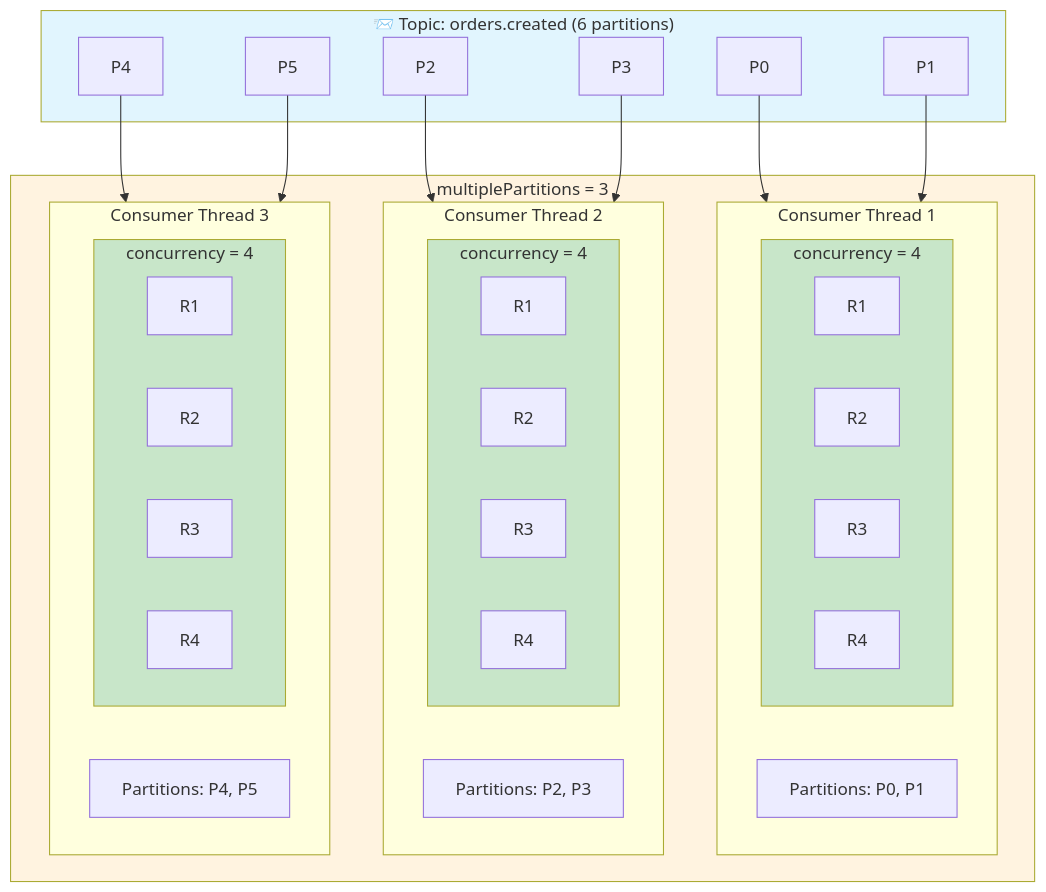
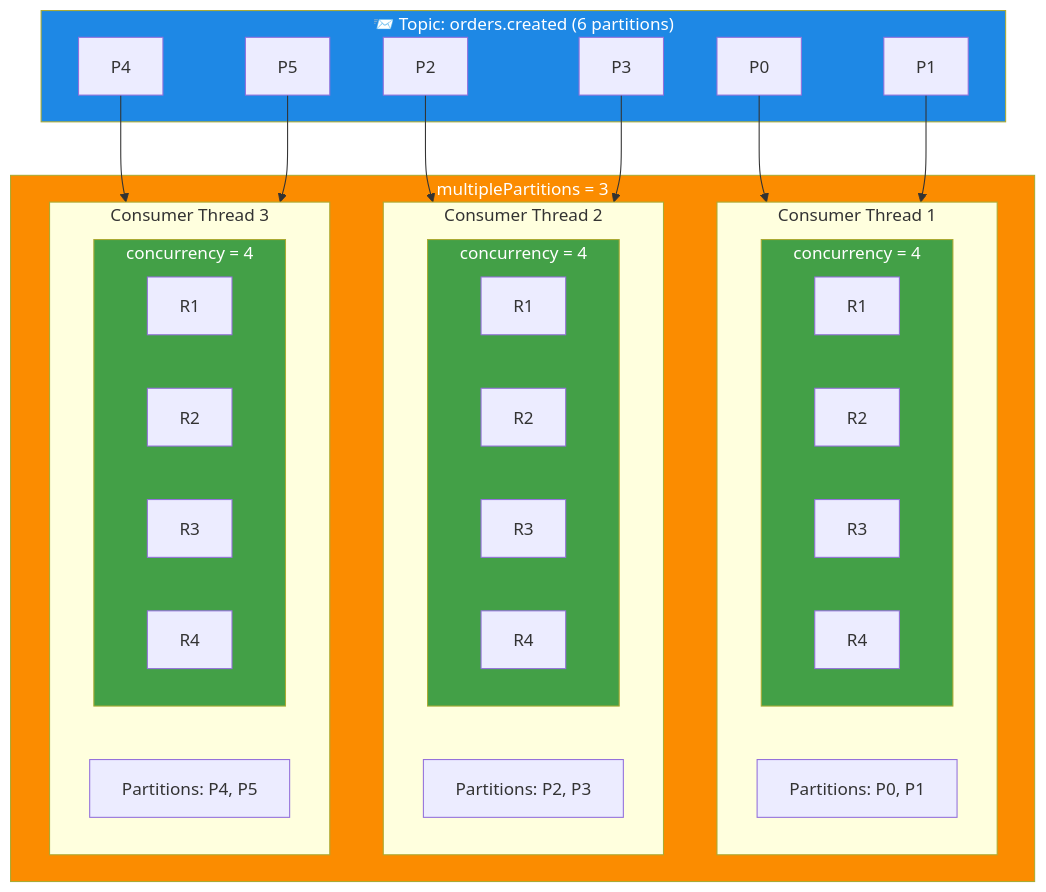
The second of 3 diagrams in README.md (osoykan/kafka-kit), drawn with Mermaid before and after one commit. The commit also changed other lines of this file, not shown here.

````diff
--- a/README.md
+++ b/README.md
@@ -191,42 +191,42 @@
 ```mermaid
 flowchart TB
     subgraph Topic["📨 Topic: orders.created (6 partitions)"]
         P0[P0] & P1[P1] & P2[P2] & P3[P3] & P4[P4] & P5[P5]
     end
 
     subgraph Container["multiplePartitions = 3"]
         subgraph C1["Consumer Thread 1"]
             C1P["Partitions: P0, P1"]
             subgraph C1Flow["concurrency = 4"]
                 direction LR
                 C1R1["R1"] & C1R2["R2"] & C1R3["R3"] & C1R4["R4"]
             end
         end
         
         subgraph C2["Consumer Thread 2"]
             C2P["Partitions: P2, P3"]
             subgraph C2Flow["concurrency = 4"]
                 direction LR
                 C2R1["R1"] & C2R2["R2"] & C2R3["R3"] & C2R4["R4"]
             end
         end
         
         subgraph C3["Consumer Thread 3"]
             C3P["Partitions: P4, P5"]
             subgraph C3Flow["concurrency = 4"]
                 direction LR
                 C3R1["R1"] & C3R2["R2"] & C3R3["R3"] & C3R4["R4"]
             end
         end
     end
 
     P0 & P1 --> C1
     P2 & P3 --> C2
     P4 & P5 --> C3
 
-    style Topic fill:#e1f5fe
-    style Container fill:#fff3e0
-    style C1Flow fill:#c8e6c9
-    style C2Flow fill:#c8e6c9
-    style C3Flow fill:#c8e6c9
+    style Topic fill:#1e88e5,color:#fff
+    style Container fill:#fb8c00,color:#fff
+    style C1Flow fill:#43a047,color:#fff
+    style C2Flow fill:#43a047,color:#fff
+    style C3Flow fill:#43a047,color:#fff
 ```
````
